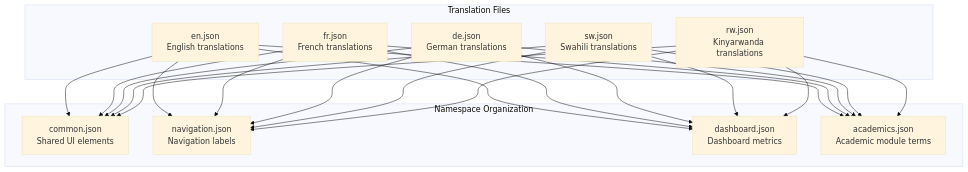
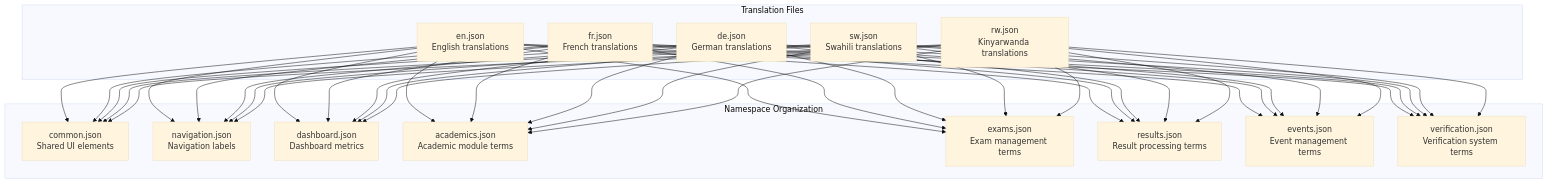
One commit to geniusdynamics/schoolpilot changed the third of 8 diagrams in .qoder/repowiki/en/content/Modules System/Academics Module.md. Above: the diagram before and after it, drawn with Mermaid (base theme). The commit also changed other lines of this file and 54 other files, not shown here.

````diff
--- a/.qoder/repowiki/en/content/Modules System/Academics Module.md
+++ b/.qoder/repowiki/en/content/Modules System/Academics Module.md
@@ -208,36 +459,60 @@
 ```mermaid
 graph TB
 subgraph "Translation Files"
 EN["en.json<br/>English translations"]
 FR["fr.json<br/>French translations"]
 DE["de.json<br/>German translations"]
 SW["sw.json<br/>Swahili translations"]
 RW["rw.json<br/>Kinyarwanda translations"]
 end
 subgraph "Namespace Organization"
 COMMON["common.json<br/>Shared UI elements"]
 NAV["navigation.json<br/>Navigation labels"]
 DASHBOARD["dashboard.json<br/>Dashboard metrics"]
 ACADEMICS["academics.json<br/>Academic module terms"]
+EXAMS["exams.json<br/>Exam management terms"]
+RESULTS["results.json<br/>Result processing terms"]
+EVENTS["events.json<br/>Event management terms"]
+VERIFICATION["verification.json<br/>Verification system terms"]
 end
 EN --> COMMON
 EN --> NAV
 EN --> DASHBOARD
 EN --> ACADEMICS
+EN --> EXAMS
+EN --> RESULTS
+EN --> EVENTS
+EN --> VERIFICATION
 FR --> COMMON
 FR --> NAV
 FR --> DASHBOARD
 FR --> ACADEMICS
+FR --> EXAMS
+FR --> RESULTS
+FR --> EVENTS
+FR --> VERIFICATION
 DE --> COMMON
 DE --> NAV
 DE --> DASHBOARD
 DE --> ACADEMICS
+DE --> EXAMS
+DE --> RESULTS
+DE --> EVENTS
+DE --> VERIFICATION
 SW --> COMMON
 SW --> NAV
 SW --> DASHBOARD
 SW --> ACADEMICS
+SW --> EXAMS
+SW --> RESULTS
+SW --> EVENTS
+SW --> VERIFICATION
 RW --> COMMON
 RW --> NAV
 RW --> DASHBOARD
 RW --> ACADEMICS
+RW --> EXAMS
+RW --> RESULTS
+RW --> EVENTS
+RW --> VERIFICATION
 ```
````
